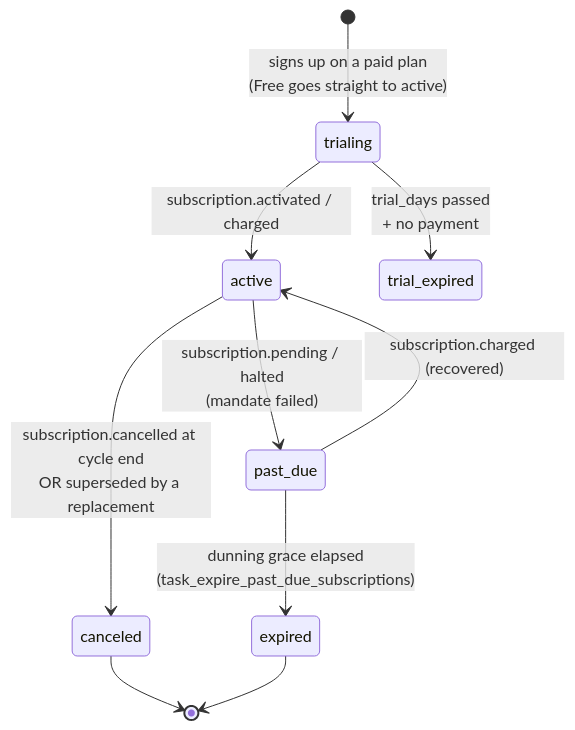
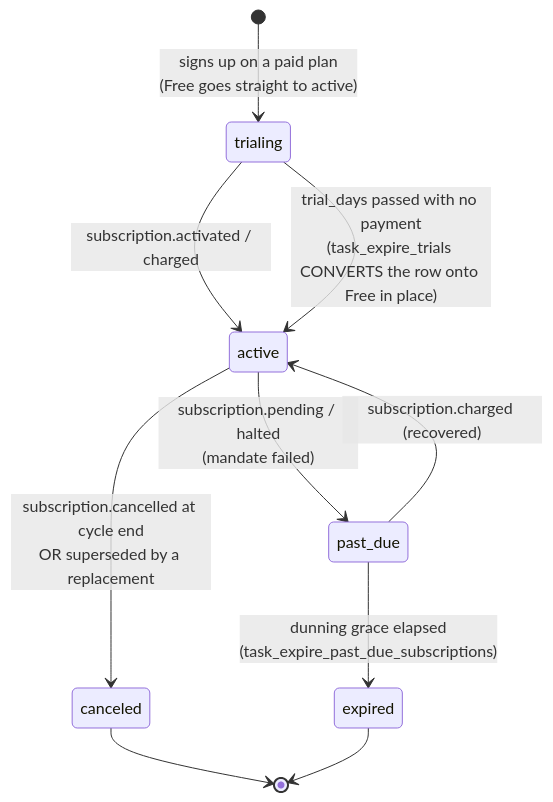
One commit to digibranders/oye-chats-platform changed the first of 2 diagrams in docs/system-design/docs/05-state-machines/subscription.md. Above: the diagram before and after it, drawn with Mermaid. The commit also changed other lines of this file and 35 other files, not shown here.

First line of the commit message:
docs(system-design): the architecture site described a system two rewrites old

````diff
--- a/docs/system-design/docs/05-state-machines/subscription.md
+++ b/docs/system-design/docs/05-state-machines/subscription.md
@@ -13,16 +13,16 @@
 ```mermaid
 stateDiagram-v2
     [*] --> trialing: signs up on a paid plan<br/>(Free goes straight to active)
 
     trialing --> active: subscription.activated / charged
-    trialing --> trial_expired: trial_days passed<br/>+ no payment
+    trialing --> active: trial_days passed with no payment<br/>(task_expire_trials CONVERTS the row onto Free in place)
 
     active --> past_due: subscription.pending / halted<br/>(mandate failed)
     active --> canceled: subscription.cancelled at cycle end<br/>OR superseded by a replacement
 
     past_due --> active: subscription.charged (recovered)
     past_due --> expired: dunning grace elapsed<br/>(task_expire_past_due_subscriptions)
 
     canceled --> [*]
     expired --> [*]
 ```
````
